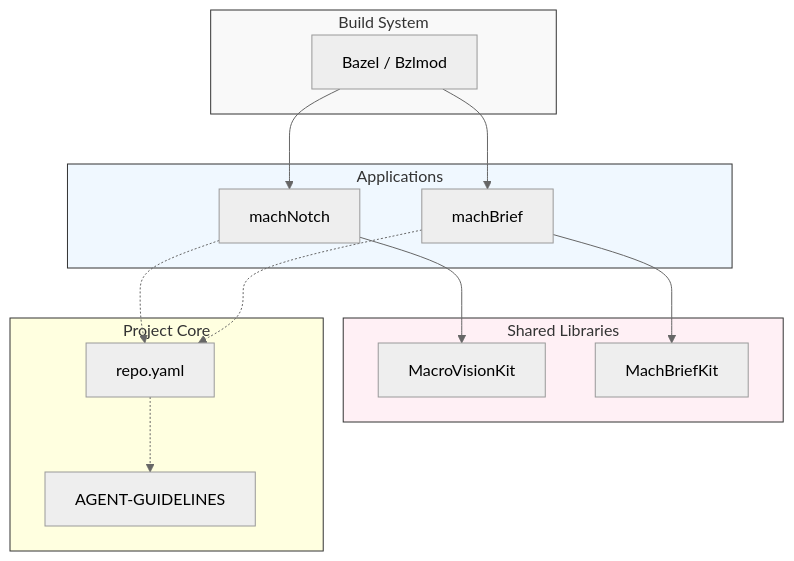
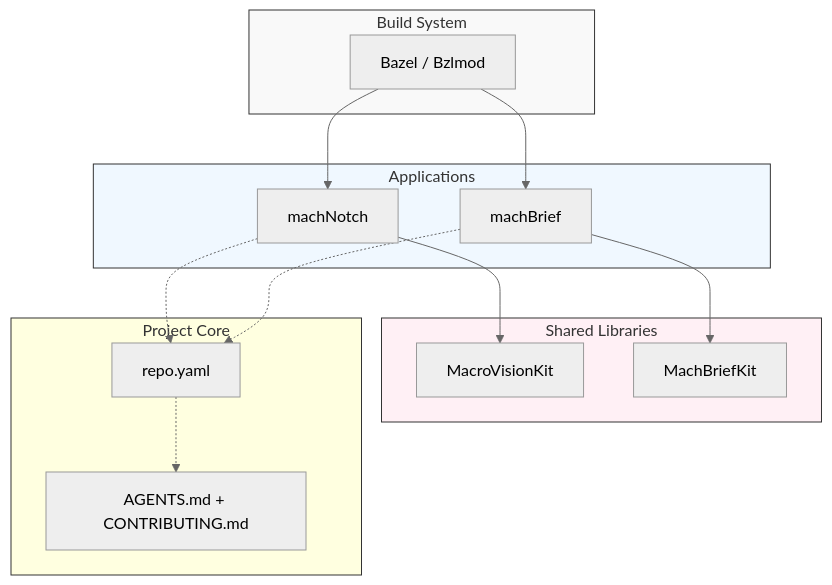
The diagram in README.md (larsboes/mach-mono), drawn with Mermaid (neutral theme) before and after one commit. The commit also changed other lines of this file and 95 other files, not shown here.

````diff
--- a/README.md
+++ b/README.md
@@ -128,38 +123,38 @@
 ```mermaid
 graph TD
     %% Define Layers
     subgraph BuildOrchestration [Build System]
         BZ[Bazel / Bzlmod]
     end
 
     subgraph Apps [Applications]
         MN[machNotch]
         MB[machBrief]
     end
 
     subgraph Packages [Shared Libraries]
         MVK[MacroVisionKit]
         MBK[MachBriefKit]
     end
 
     subgraph Core [Project Core]
         RY[repo.yaml]
-        AG[AGENT-GUIDELINES]
+        AG[AGENTS.md + CONTRIBUTING.md]
     end
 
     %% Connections
     BZ --> MN & MB
     
     MN --> MVK
     MB --> MBK
 
     %% Core references
     MN & MB -.-> RY
     RY -.-> AG
 
     %% Styling
     style BuildOrchestration fill:#f9f9f9,stroke:#333
     style Apps fill:#f0f8ff,stroke:#333
     style Packages fill:#fff0f5,stroke:#333
     style Core fill:#ffffe0,stroke:#333
 ```
````
